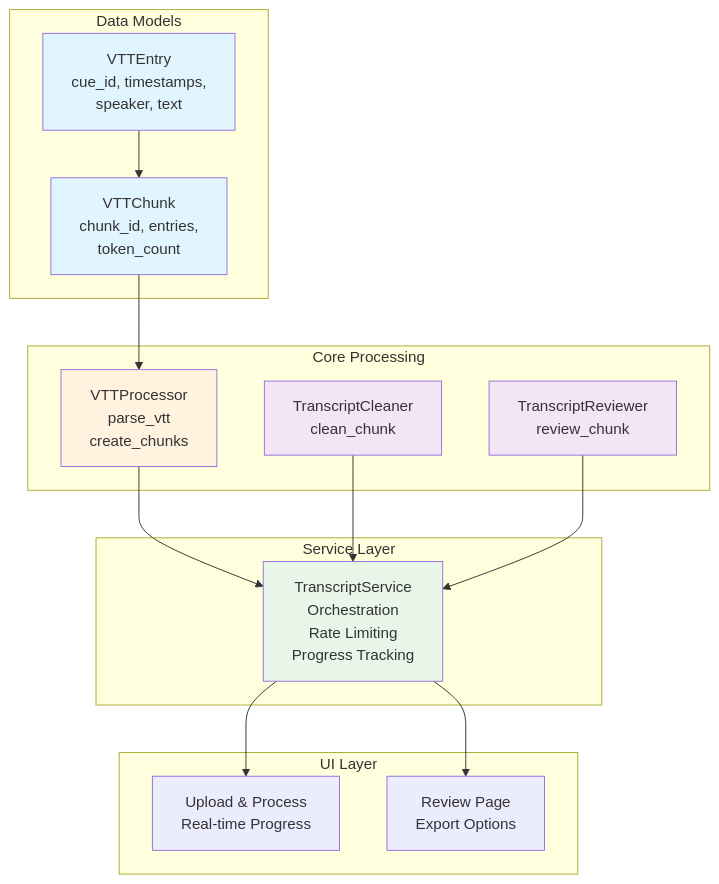
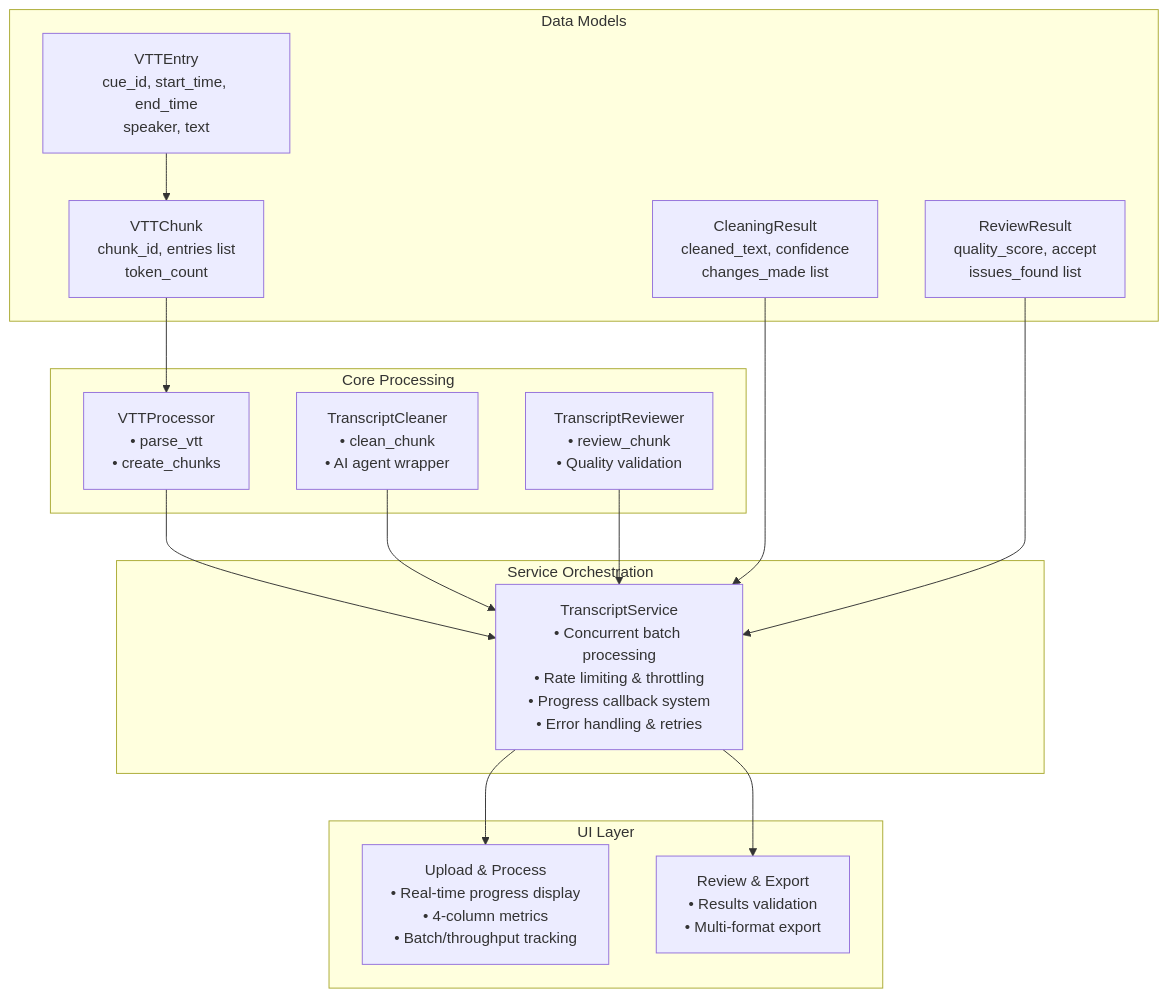
The second of 3 diagrams in README.md (denim-bluu/meeting_transcripts_cleaner), drawn with Mermaid before and after one commit. The commit also changed other lines of this file and 8 other files, not shown here.

````diff
--- a/README.md
+++ b/README.md
@@ -92,37 +82,34 @@
 ```mermaid
 graph TB
     subgraph "Data Models"
-        VE[VTTEntry<br/>cue_id, timestamps,<br/>speaker, text]
-        VC[VTTChunk<br/>chunk_id, entries,<br/>token_count]
+        VE[VTTEntry<br/>cue_id, start_time, end_time<br/>speaker, text]
+        VC[VTTChunk<br/>chunk_id, entries list<br/>token_count]
+        CR[CleaningResult<br/>cleaned_text, confidence<br/>changes_made list]
+        RR[ReviewResult<br/>quality_score, accept<br/>issues_found list]
     end
 
     subgraph "Core Processing"
-        VP[VTTProcessor<br/>parse_vtt<br/>create_chunks]
-        TC[TranscriptCleaner<br/>clean_chunk]
-        TR[TranscriptReviewer<br/>review_chunk]
+        VP[VTTProcessor<br/>• parse_vtt<br/>• create_chunks]
+        TC[TranscriptCleaner<br/>• clean_chunk<br/>• AI agent wrapper]
+        TR[TranscriptReviewer<br/>• review_chunk<br/>• Quality validation]
     end
 
-    subgraph "Service Layer"
-        TS[TranscriptService<br/>Orchestration<br/>Rate Limiting<br/>Progress Tracking]
+    subgraph "Service Orchestration"
+        TS[TranscriptService<br/>• Concurrent batch processing<br/>• Rate limiting & throttling<br/>• Progress callback system<br/>• Error handling & retries]
     end
 
     subgraph "UI Layer"
-        UP[Upload & Process<br/>Real-time Progress]
-        RP[Review Page<br/>Export Options]
+        UP[Upload & Process<br/>• Real-time progress display<br/>• 4-column metrics<br/>• Batch/throughput tracking]
+        RP[Review & Export<br/>• Results validation<br/>• Multi-format export]
     end
 
     VE --> VC
     VC --> VP
     VP --> TS
     TC --> TS
     TR --> TS
+    CR --> TS
+    RR --> TS
     TS --> UP
     TS --> RP
-
-    style VE fill:#e1f5fe
-    style VC fill:#e1f5fe
-    style VP fill:#fff3e0
-    style TC fill:#f3e5f5
-    style TR fill:#f3e5f5
-    style TS fill:#e8f5e9
 ```
````
